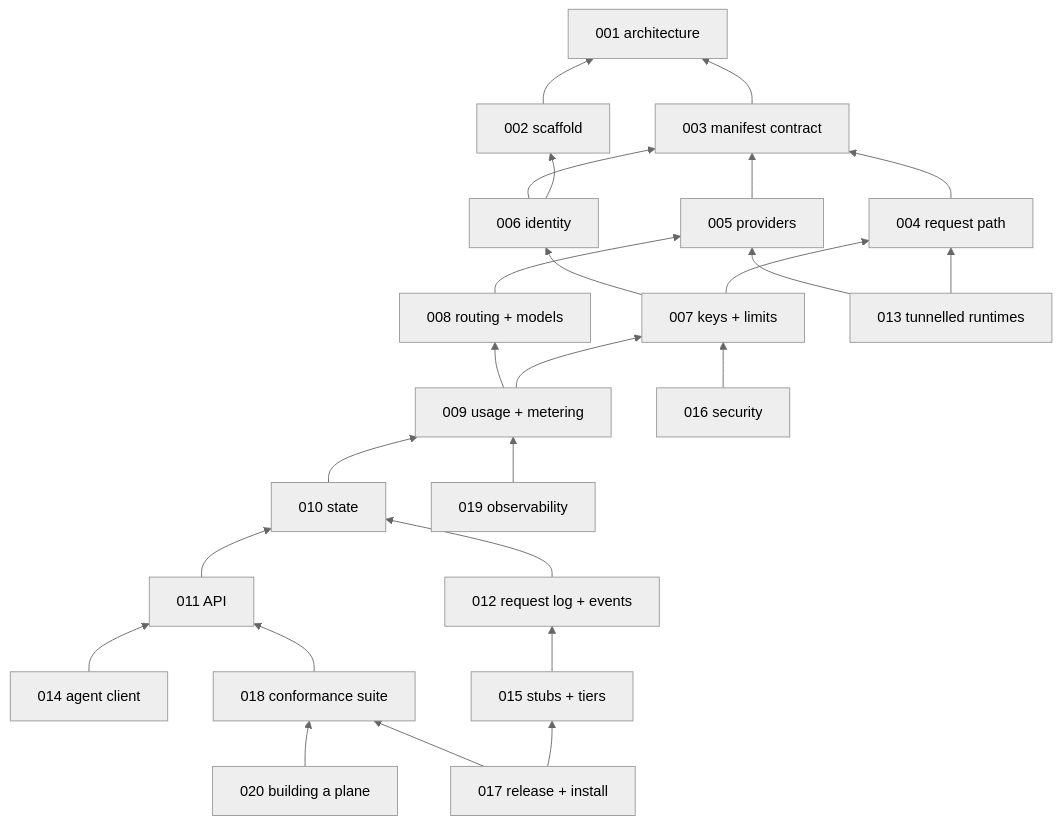
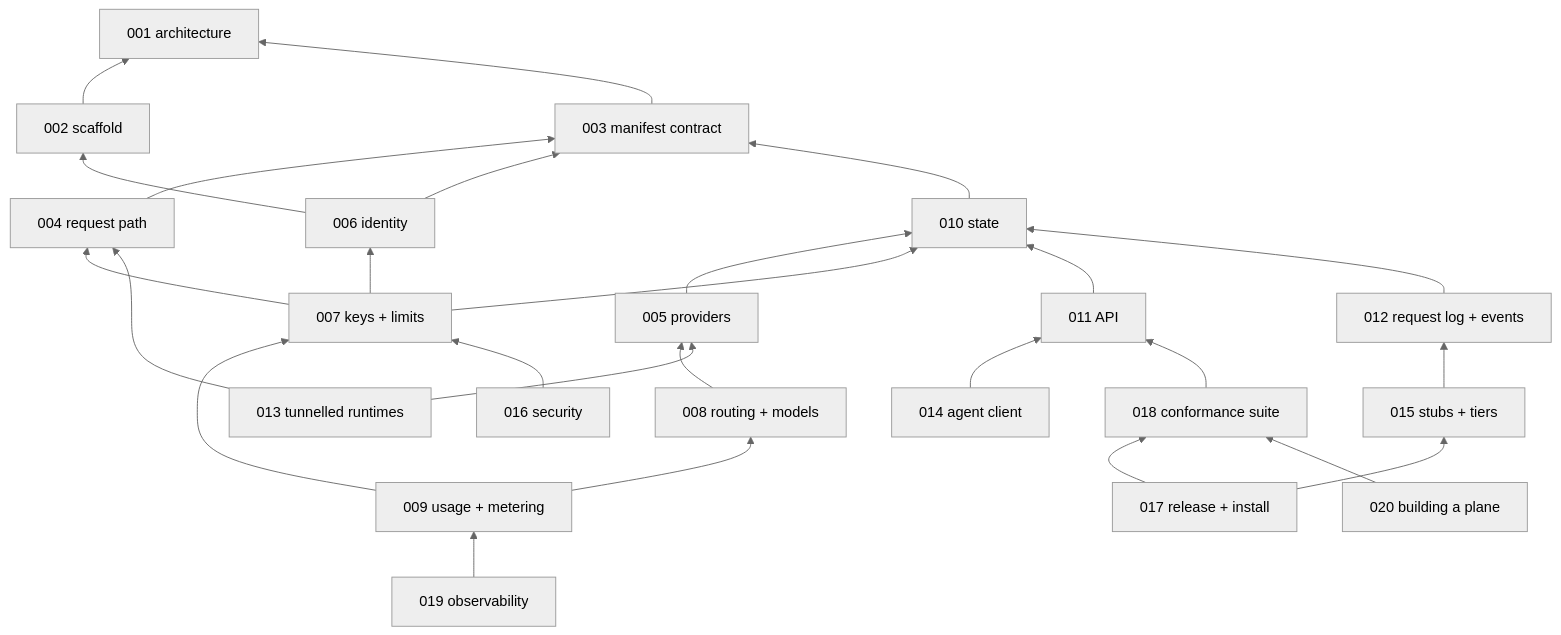
One commit to latere-ai/lux changed the second of 2 diagrams in specs/README.md. Above: the diagram before and after it, drawn with Mermaid (neutral theme). The commit also changed other lines of this file and 10 other files, not shown here.

````diff
--- a/specs/README.md
+++ b/specs/README.md
@@ -79,47 +79,48 @@
 ```mermaid
 flowchart BT
   S001[001 architecture]
   S002[002 scaffold]
   S003[003 manifest contract]
   S004[004 request path]
   S005[005 providers]
   S006[006 identity]
   S007[007 keys + limits]
   S008[008 routing + models]
   S009[009 usage + metering]
   S010[010 state]
   S011[011 API]
   S012[012 request log + events]
   S013[013 tunnelled runtimes]
   S014[014 agent client]
   S015[015 stubs + tiers]
   S016[016 security]
   S017[017 release + install]
   S018[018 conformance suite]
   S019[019 observability]
   S020[020 building a plane]
   S002 --> S001
   S003 --> S001
   S004 --> S003
-  S005 --> S003
+  S005 --> S010
   S006 --> S002
   S006 --> S003
   S007 --> S004
   S007 --> S006
+  S007 --> S010
   S008 --> S005
   S009 --> S007
   S009 --> S008
-  S010 --> S009
+  S010 --> S003
   S011 --> S010
   S012 --> S010
   S013 --> S004
   S013 --> S005
   S014 --> S011
   S015 --> S012
   S016 --> S007
   S017 --> S015
   S017 --> S018
   S018 --> S011
   S019 --> S009
   S020 --> S018
 ```
````
